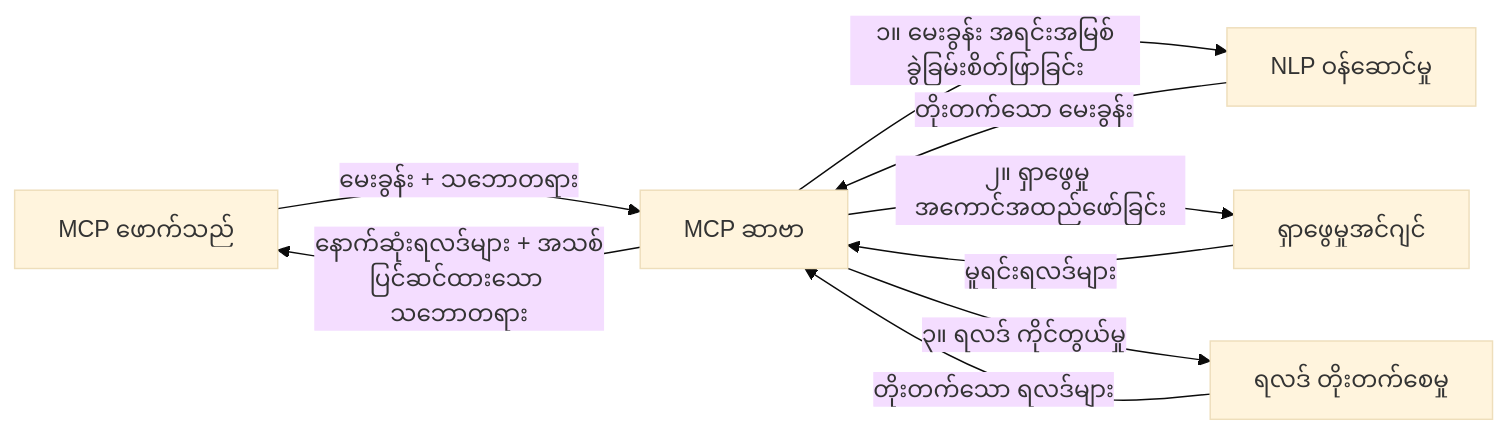
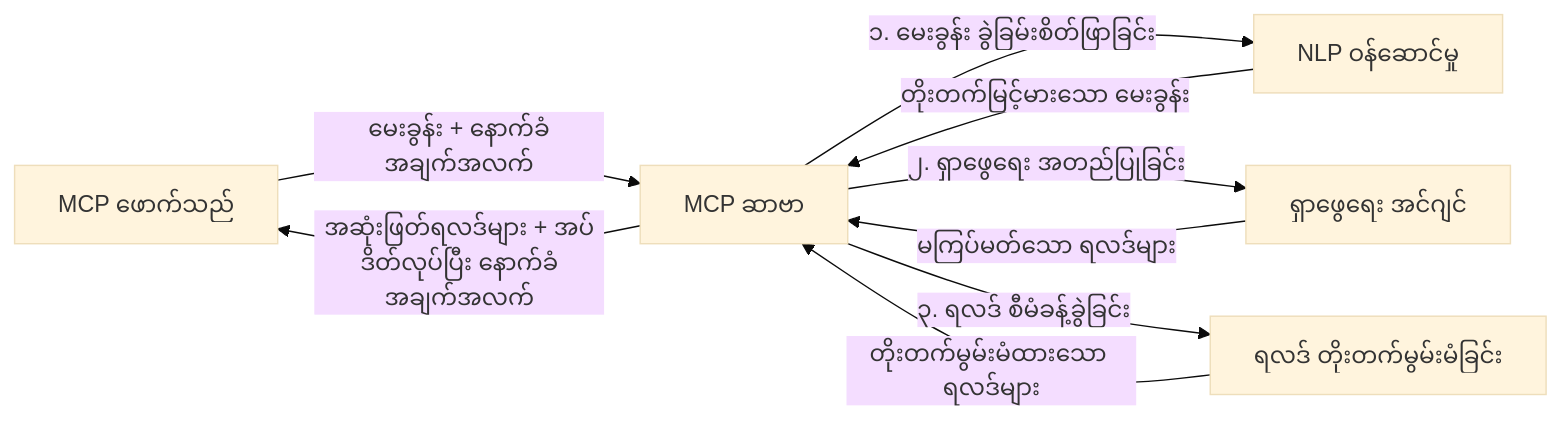
One commit to microsoft/mcp-for-beginners changed the fourth of 4 diagrams in translations/my/05-AdvancedTopics/mcp-realtimesearch/README.md. Above: the diagram before and after it, drawn with Mermaid (base theme). The commit also changed other lines of this file and 132 other files, not shown here.

````diff
--- a/translations/my/05-AdvancedTopics/mcp-realtimesearch/README.md
+++ b/translations/my/05-AdvancedTopics/mcp-realtimesearch/README.md
@@ -626,11 +628,11 @@
 ```mermaid
 graph LR
-    Client[MCP ဖောက်သည်] --> |မေးခွန်း + သဘောတရား| Server[MCP ဆာဗာ]
-    Server --> |၁။ မေးခွန်း အရင်းအမြစ်ခွဲခြမ်းစိတ်ဖြာခြင်း| NLP[NLP ဝန်ဆောင်မှု]
-    NLP --> |တိုးတက်သော မေးခွန်း| Server
-    Server --> |၂။ ရှာဖွေမှု အကောင်အထည်ဖော်ခြင်း| Search[ရှာဖွေမှုအင်ဂျင်]
-    Search --> |မူရင်းရလဒ်များ| Server
-    Server --> |၃။ ရလဒ် ကိုင်တွယ်မှု| Enhancement[ရလဒ် တိုးတက်စေမှု]
-    Enhancement --> |တိုးတက်သော ရလဒ်များ| Server
-    Server --> |နောက်ဆုံးရလဒ်များ + အသစ်ပြင်ဆင်ထားသော သဘောတရား| Client
+    Client[MCP ဖောက်သည်] --> |မေးခွန်း + နောက်ခံအချက်အလက်| Server[MCP ဆာဗာ]
+    Server --> |၁. မေးခွန်း ခွဲခြမ်းစိတ်ဖြာခြင်း| NLP[NLP ဝန်ဆောင်မှု]
+    NLP --> |တိုးတက်မြင့်မားသော မေးခွန်း| Server
+    Server --> |၂. ရှာဖွေရေး အတည်ပြုခြင်း| Search[ရှာဖွေရေး အင်ဂျင်]
+    Search --> |မကြပ်မတ်သော ရလဒ်များ| Server
+    Server --> |၃. ရလဒ် စီမံခန့်ခွဲခြင်း| Enhancement[ရလဒ် တိုးတက်မွမ်းမံခြင်း]
+    Enhancement --> |တိုးတက်မွမ်းမံထားသော ရလဒ်များ| Server
+    Server --> |အဆုံးဖြတ်ရလဒ်များ + အပ်ဒိတ်လုပ်ပြီး နောက်ခံအချက်အလက်| Client
 ```
````
